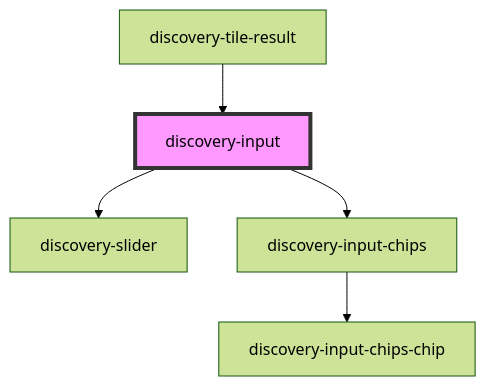
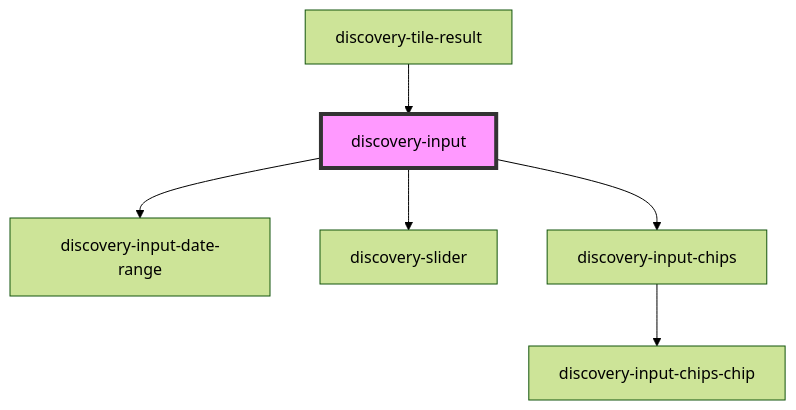
The diagram in src/components/discovery-input/readme.md (senx/discovery-widgets), drawn with Mermaid (forest theme) before and after one commit. The commit also changed other lines of this file and 34 other files, not shown here.

Commit message:
[input:date] [input:date-range] Widget complete refactoring with a new look and feel and more options

````diff
--- a/src/components/discovery-input/readme.md
+++ b/src/components/discovery-input/readme.md
@@ -72,8 +73,9 @@
 ```mermaid
 graph TD;
+  discovery-input --> discovery-input-date-range
   discovery-input --> discovery-slider
   discovery-input --> discovery-input-chips
   discovery-input-chips --> discovery-input-chips-chip
   discovery-tile-result --> discovery-input
   style discovery-input fill:#f9f,stroke:#333,stroke-width:4px
 ```
````
